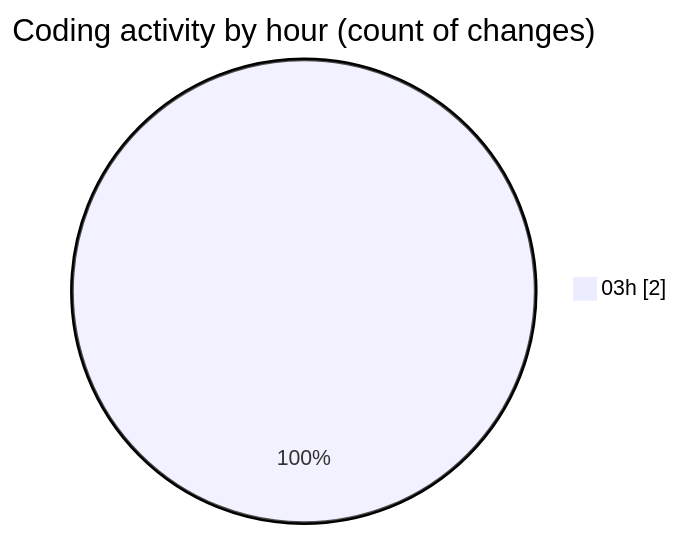
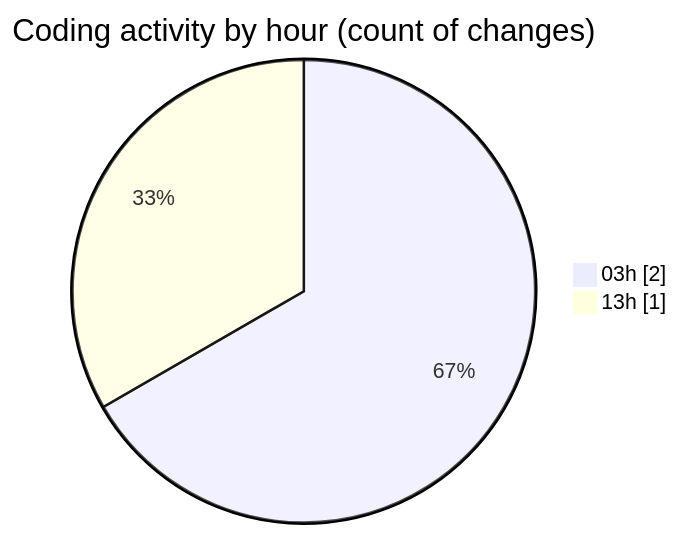
The second of 2 diagrams in 2025-09-06/erp-alpha/README.md (FelipKnott/code-tracking), drawn with Mermaid before and after one commit. The commit also changed other lines of this file and 1 other file, not shown here.

````diff
--- a/2025-09-06/erp-alpha/README.md
+++ b/2025-09-06/erp-alpha/README.md
@@ -30,5 +31,6 @@
 ```mermaid
 pie showData
 title Coding activity by hour (count of changes)
 "03h" : 2
+"13h" : 1
 ```
````
